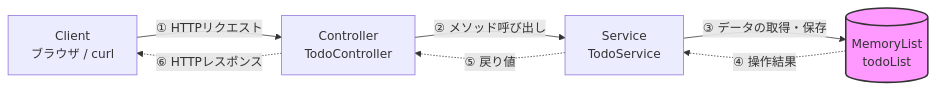
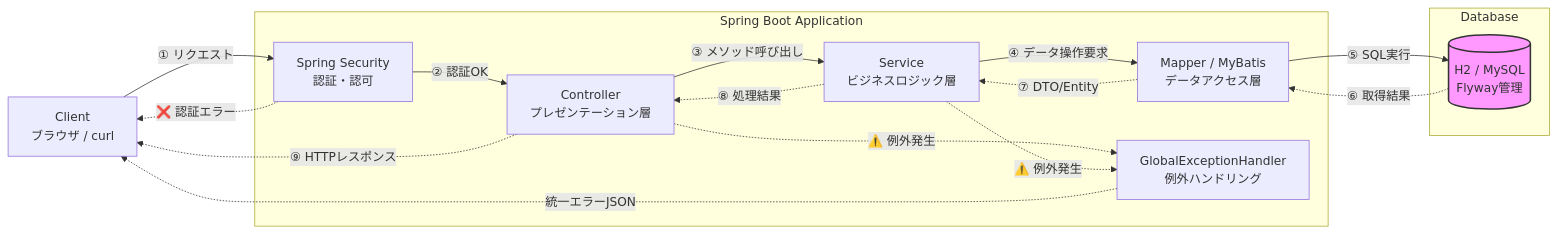
The first of 2 diagrams in README.md (kinbei-math/todo-api-v2), drawn with Mermaid before and after one commit. The commit also changed other lines of this file and 6 other files, not shown here.

Commit message:
feat: W14 MySQL migration with Docker + Flyway + ER diagram

````diff
--- a/README.md
+++ b/README.md
@@ -33,21 +31,38 @@
 ```mermaid
 graph LR
     %% ノードの定義
     Client[Client<br/>ブラウザ / curl]
-    Controller[Controller<br/>TodoController]
-    Service[Service<br/>TodoService]
-    Memory[(MemoryList<br/>todoList)]
 
-    %% リクエスト（行き）の流れ
-    Client -->|① HTTPリクエスト| Controller
-    Controller -->|② メソッド呼び出し| Service
-    Service -->|③ データの取得・保存| Memory
+    subgraph Spring Boot Application
+        Security[Spring Security<br/>認証・認可]
+        Controller[Controller<br/>プレゼンテーション層]
+        Service[Service<br/>ビジネスロジック層]
+        Mapper[Mapper / MyBatis<br/>データアクセス層]
+        ExceptionHandler[GlobalExceptionHandler<br/>例外ハンドリング]
+    end
 
-    %% レスポンス（帰り）の流れ
-    Memory -.->|④ 操作結果| Service
-    Service -.->|⑤ 戻り値| Controller
-    Controller -.->|⑥ HTTPレスポンス| Client
+    subgraph Database
+        DB[(H2 / MySQL<br/>Flyway管理)]
+    end
 
-    %% スタイルの設定
-    style Memory fill:#f9f,stroke:#333,stroke-width:2px
+    %% 正常系の流れ
+    Client -->|① リクエスト| Security
+    Security -->|② 認証OK| Controller
+    Controller -->|③ メソッド呼び出し| Service
+    Service -->|④ データ操作要求| Mapper
+    Mapper -->|⑤ SQL実行| DB
+
+    DB -.->|⑥ 取得結果| Mapper
+    Mapper -.->|⑦ DTO/Entity| Service
+    Service -.->|⑧ 処理結果| Controller
+    Controller -.->|⑨ HTTPレスポンス| Client
+
+    %% 例外系の流れ
+    Security -.->|❌ 認証エラー| Client
+    Controller -.->|⚠️ 例外発生| ExceptionHandler
+    Service -.->|⚠️ 例外発生| ExceptionHandler
+    ExceptionHandler -.->|統一エラーJSON| Client
+
+    %% スタイル
+    style DB fill:#f9f,stroke:#333,stroke-width:2px
 ```
````
